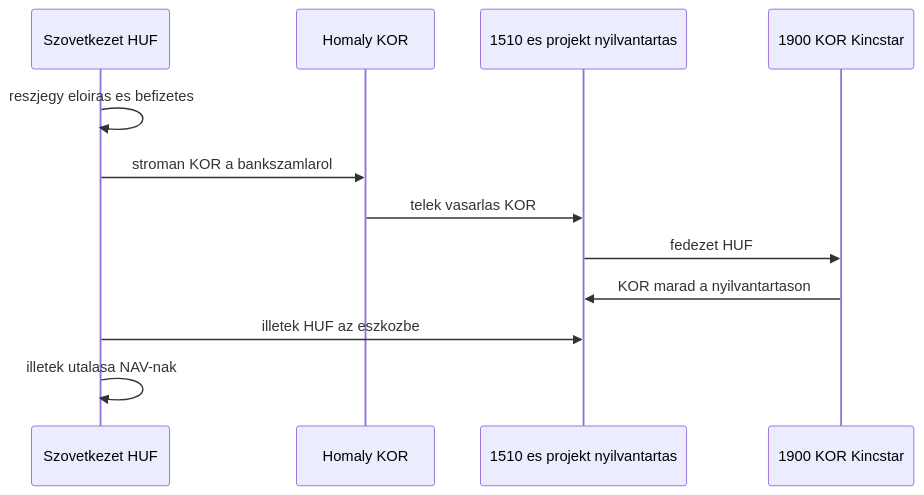
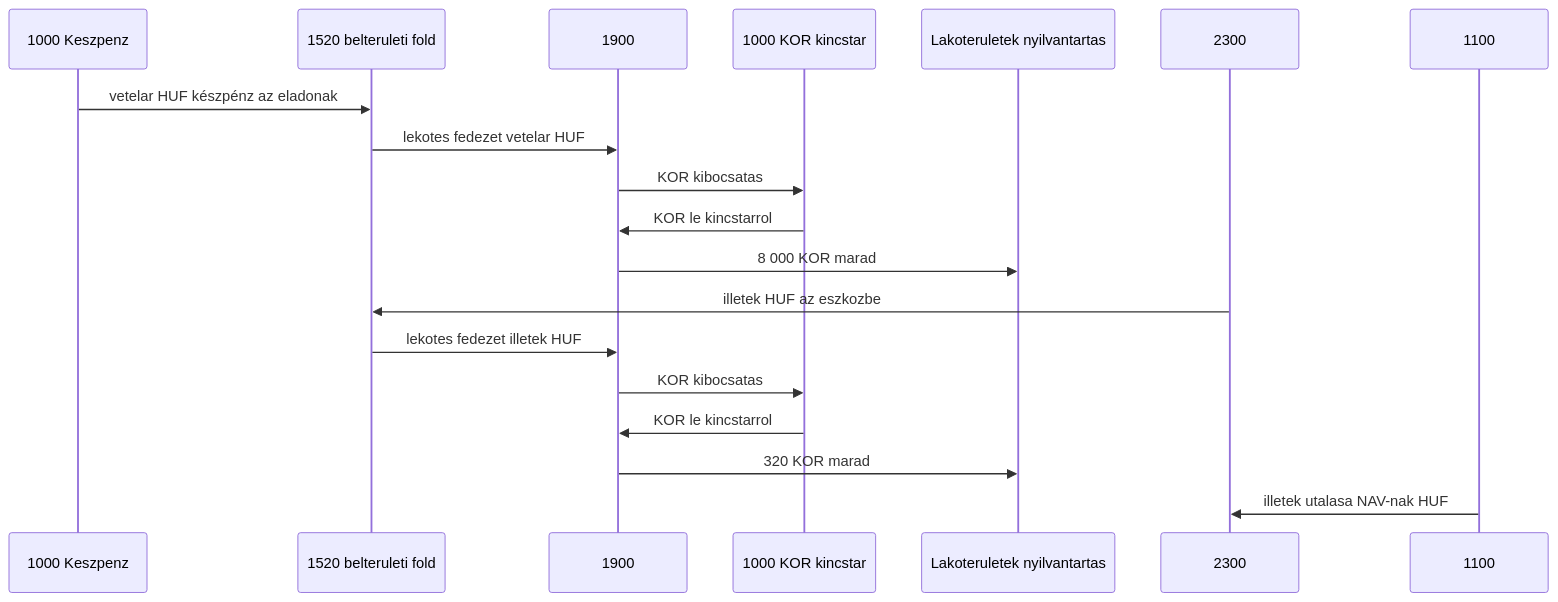
One commit to pitiboy/curr changed the fifth of 15 diagrams in docs/transaction-workflow.md. Above: the diagram before and after it, drawn with Mermaid. The commit also changed other lines of this file and 2 other files, not shown here.

````diff
--- a/docs/transaction-workflow.md
+++ b/docs/transaction-workflow.md
@@ -262,15 +297,22 @@
 ```mermaid
 sequenceDiagram
-  participant Szov as Szovetkezet HUF
-  participant Homaly as Homaly KOR
-  participant Eszkoz as 1510 es projekt nyilvantartas
-  participant Kincstar as 1900 KOR Kincstar
+  participant Penztar as 1000 Keszpenz
+  participant Telek as 1520 belteruleti fold
+  participant Atv as 1900
+  participant Kt as 1000 KOR kincstar
+  participant Nyilv as Lakoteruletek nyilvantartas
+  participant Ado as 2300
+  participant Bank as 1100
 
-  Szov->>Szov: reszjegy eloiras es befizetes
-  Szov->>Homaly: stroman KOR a bankszamlarol
-  Homaly->>Eszkoz: telek vasarlas KOR
-  Eszkoz->>Kincstar: fedezet HUF
-  Kincstar->>Eszkoz: KOR marad a nyilvantartason
-  Szov->>Eszkoz: illetek HUF az eszkozbe
-  Szov->>Szov: illetek utalasa NAV-nak
+  Penztar->>Telek: vetelar HUF készpénz az eladonak
+  Telek->>Atv: lekotes fedezet vetelar HUF
+  Atv->>Kt: KOR kibocsatas
+  Kt->>Atv: KOR le kincstarrol
+  Atv->>Nyilv: 8 000 KOR marad
+  Ado->>Telek: illetek HUF az eszkozbe
+  Telek->>Atv: lekotes fedezet illetek HUF
+  Atv->>Kt: KOR kibocsatas
+  Kt->>Atv: KOR le kincstarrol
+  Atv->>Nyilv: 320 KOR marad
+  Bank->>Ado: illetek utalasa NAV-nak HUF
 ```
````
